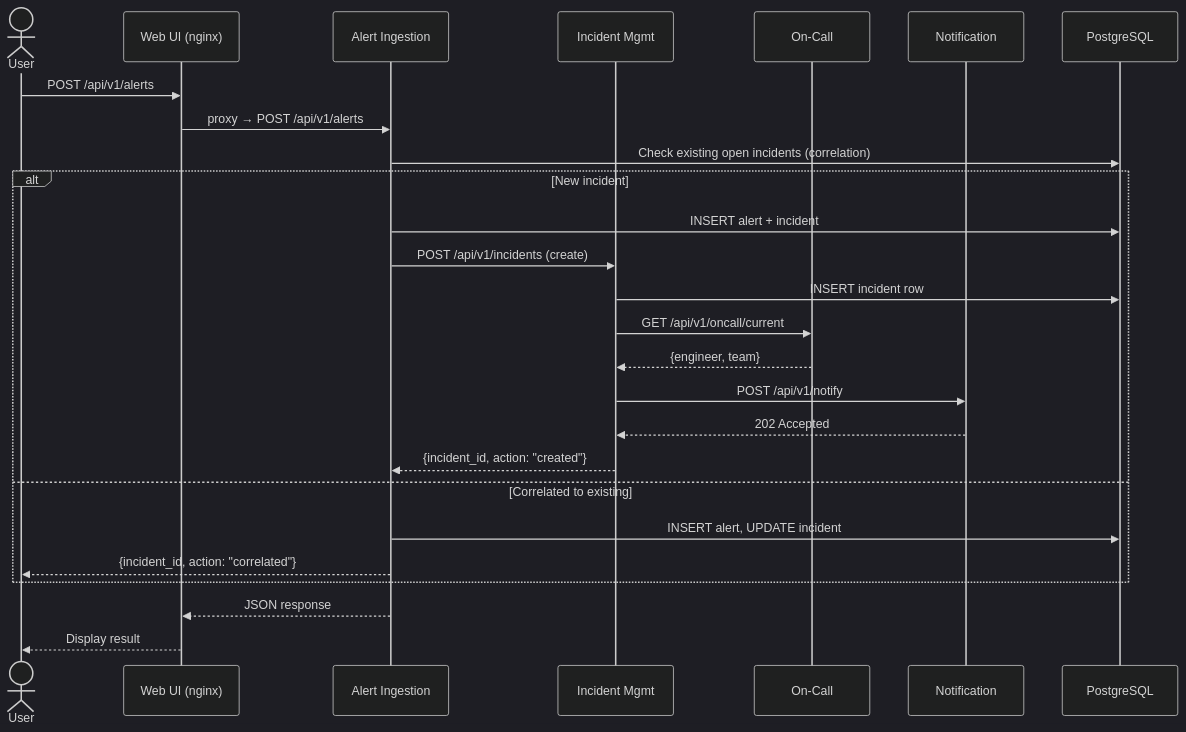
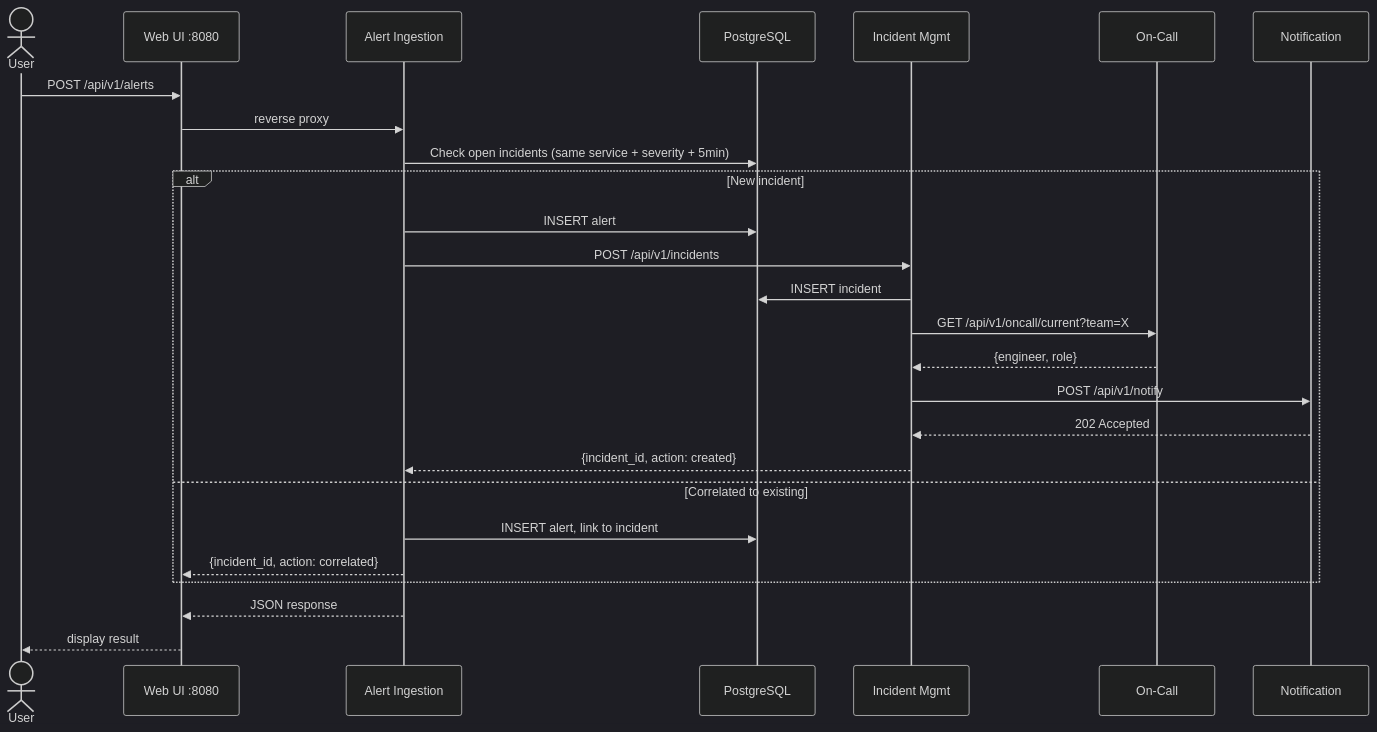
The second of 2 diagrams in docs/ARCHITECTURE.md (Wayde-Ouadie/OpenSource-SRE), drawn with Mermaid (dark theme) before and after one commit. The commit also changed other lines of this file, not shown here.

First line of the commit message:
docs: rewrite architecture.md for clarity

````diff
--- a/docs/ARCHITECTURE.md
+++ b/docs/ARCHITECTURE.md
@@ -77,29 +60,32 @@
 ```mermaid
 sequenceDiagram
     actor User
-    participant UI as Web UI (nginx)
+    participant UI as Web UI :8080
     participant AI as Alert Ingestion
+    participant DB as PostgreSQL
     participant IM as Incident Mgmt
     participant OC as On-Call
     participant NS as Notification
-    participant DB as PostgreSQL
 
     User->>UI: POST /api/v1/alerts
-    UI->>AI: proxy → POST /api/v1/alerts
-    AI->>DB: Check existing open incidents (correlation)
+    UI->>AI: reverse proxy
+
+    AI->>DB: Check open incidents (same service + severity + 5min)
+
     alt New incident
-        AI->>DB: INSERT alert + incident
-        AI->>IM: POST /api/v1/incidents (create)
-        IM->>DB: INSERT incident row
-        IM->>OC: GET /api/v1/oncall/current
-        OC-->>IM: {engineer, team}
+        AI->>DB: INSERT alert
+        AI->>IM: POST /api/v1/incidents
+        IM->>DB: INSERT incident
+        IM->>OC: GET /api/v1/oncall/current?team=X
+        OC-->>IM: {engineer, role}
         IM->>NS: POST /api/v1/notify
         NS-->>IM: 202 Accepted
-        IM-->>AI: {incident_id, action: "created"}
+        IM-->>AI: {incident_id, action: created}
     else Correlated to existing
-        AI->>DB: INSERT alert, UPDATE incident
-        AI-->>User: {incident_id, action: "correlated"}
+        AI->>DB: INSERT alert, link to incident
+        AI-->>UI: {incident_id, action: correlated}
     end
+
     AI-->>UI: JSON response
-    UI-->>User: Display result
+    UI-->>User: display result
 ```
````
